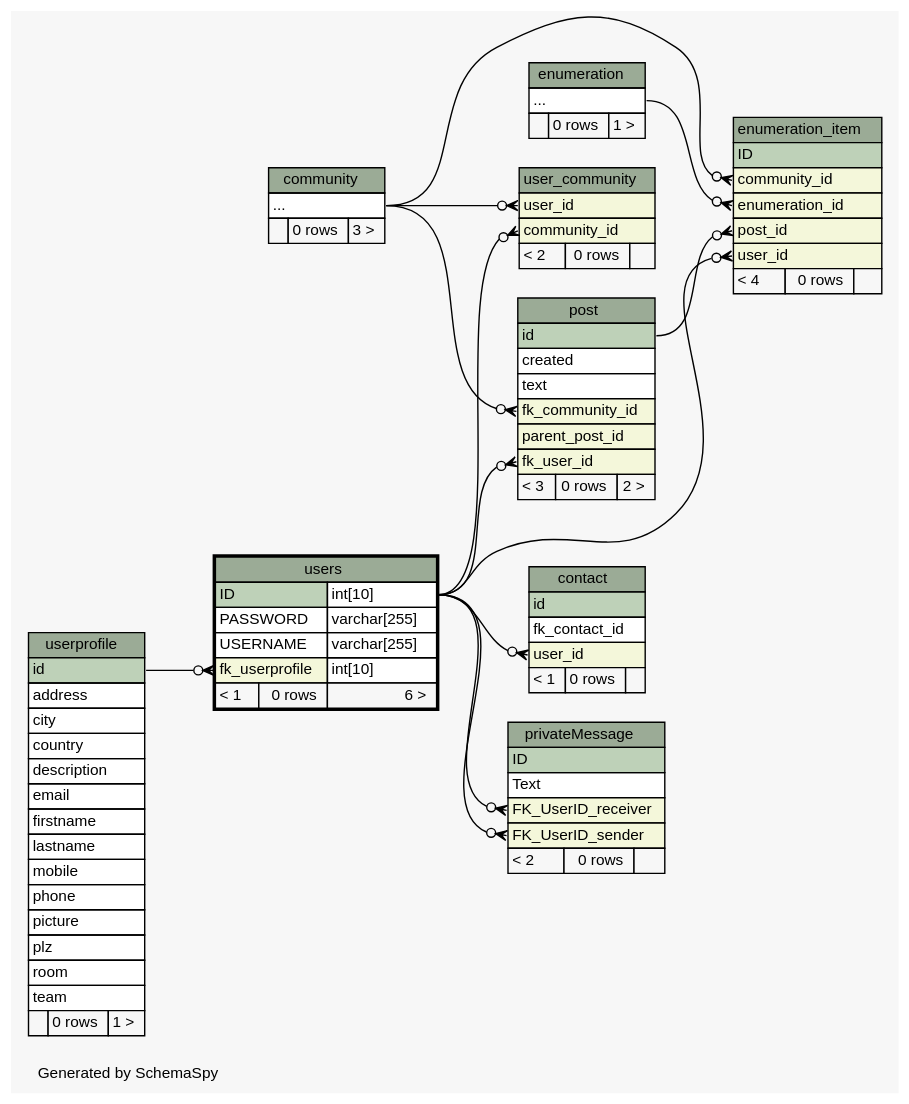
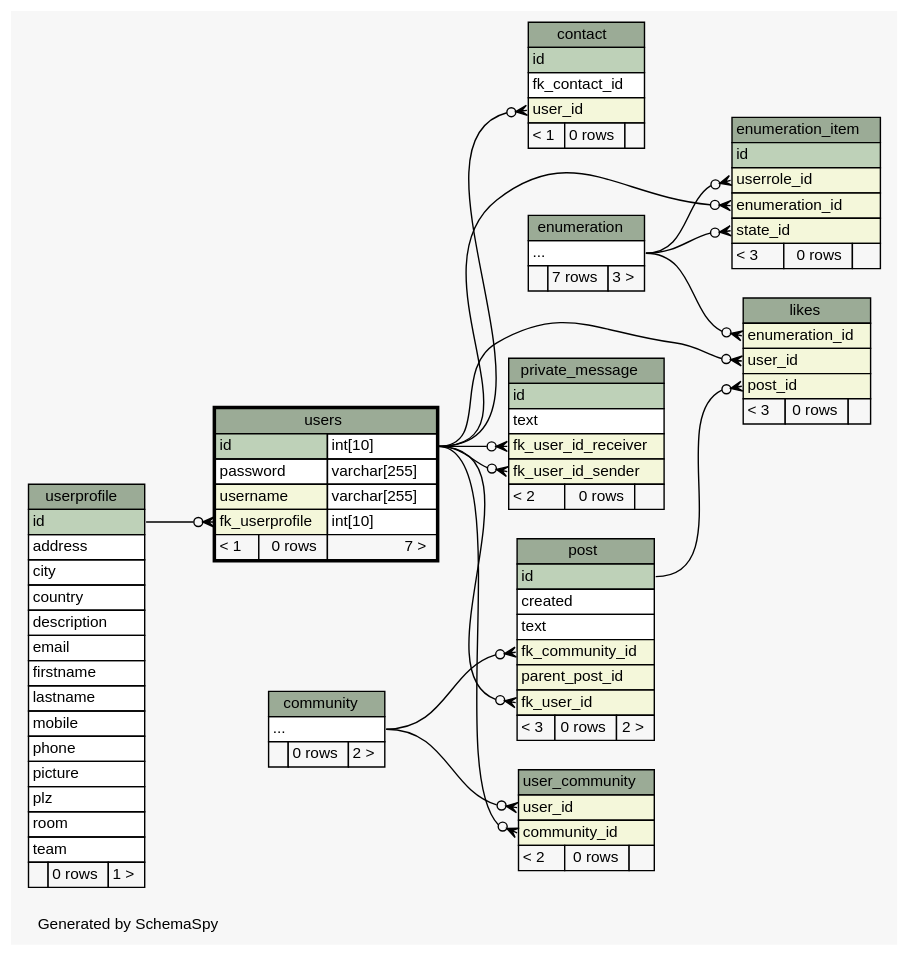
The diagram in doc/db_schema/diagrams/users.2degrees.dot (chr-krenn/chr-krenn-fhj-ws2017-sd17-pse), drawn with Graphviz before and after one commit. The commit also changed 65 other files, not shown here.

```diff
--- a/doc/db_schema/diagrams/users.2degrees.dot
+++ b/doc/db_schema/diagrams/users.2degrees.dot
@@ -1,155 +1,168 @@
 // dot 2.40.1 on Linux 4.12.5-300.fc26.x86_64
 // SchemaSpy rev 590
 digraph "twoDegreesRelationshipsDiagram" {
   graph [
     rankdir="RL"
     bgcolor="#f7f7f7"
     label="\nGenerated by SchemaSpy"
     labeljust="l"
     nodesep="0.18"
     ranksep="0.46"
     fontname="Helvetica"
     fontsize="11"
   ];
   node [
     fontname="Helvetica"
     fontsize="11"
     shape="plaintext"
   ];
   edge [
     arrowsize="0.8"
   ];
-  "contact":"user_id":w -> "users":"ID.type":e [arrowhead=none dir=back arrowtail=crowodot];
-  "enumeration_item":"community_id":w -> "community":"elipses":e [arrowhead=none dir=back arrowtail=crowodot];
-  "enumeration_item":"enumeration_id":w -> "enumeration":"elipses":e [arrowhead=none dir=back arrowtail=crowodot];
-  "enumeration_item":"post_id":w -> "post":"id":e [arrowhead=none dir=back arrowtail=crowodot];
-  "enumeration_item":"user_id":w -> "users":"ID.type":e [arrowhead=none dir=back arrowtail=crowodot];
+  "contact":"user_id":w -> "users":"id.type":e [arrowhead=none dir=back arrowtail=crowodot];
+  "enumeration_item":"enumeration_id":w -> "users":"id.type":e [arrowhead=none dir=back arrowtail=crowodot];
+  "enumeration_item":"state_id":w -> "enumeration":"elipses":e [arrowhead=none dir=back arrowtail=crowodot];
+  "enumeration_item":"userrole_id":w -> "enumeration":"elipses":e [arrowhead=none dir=back arrowtail=crowodot];
+  "likes":"enumeration_id":w -> "enumeration":"elipses":e [arrowhead=none dir=back arrowtail=crowodot];
+  "likes":"post_id":w -> "post":"id":e [arrowhead=none dir=back arrowtail=crowodot];
+  "likes":"user_id":w -> "users":"id.type":e [arrowhead=none dir=back arrowtail=crowodot];
   "post":"fk_community_id":w -> "community":"elipses":e [arrowhead=none dir=back arrowtail=crowodot];
-  "post":"fk_user_id":w -> "users":"ID.type":e [arrowhead=none dir=back arrowtail=crowodot];
-  "privateMessage":"FK_UserID_receiver":w -> "users":"ID.type":e [arrowhead=none dir=back arrowtail=crowodot];
-  "privateMessage":"FK_UserID_sender":w -> "users":"ID.type":e [arrowhead=none dir=back arrowtail=crowodot];
-  "user_community":"community_id":w -> "users":"ID.type":e [arrowhead=none dir=back arrowtail=crowodot];
+  "post":"fk_user_id":w -> "users":"id.type":e [arrowhead=none dir=back arrowtail=crowodot];
+  "private_message":"fk_user_id_receiver":w -> "users":"id.type":e [arrowhead=none dir=back arrowtail=crowodot];
+  "private_message":"fk_user_id_sender":w -> "users":"id.type":e [arrowhead=none dir=back arrowtail=crowodot];
+  "user_community":"community_id":w -> "users":"id.type":e [arrowhead=none dir=back arrowtail=crowodot];
   "user_community":"user_id":w -> "community":"elipses":e [arrowhead=none dir=back arrowtail=crowodot];
   "users":"fk_userprofile":w -> "userprofile":"id":e [arrowhead=none dir=back arrowtail=crowodot];
   "community" [
     label=<
     <TABLE BORDER="0" CELLBORDER="1" CELLSPACING="0" BGCOLOR="#ffffff">
       <TR><TD COLSPAN="3" BGCOLOR="#9bab96" ALIGN="CENTER">community</TD></TR>
       <TR><TD PORT="elipses" COLSPAN="3" ALIGN="LEFT">...</TD></TR>
-      <TR><TD ALIGN="LEFT" BGCOLOR="#f7f7f7">  </TD><TD ALIGN="RIGHT" BGCOLOR="#f7f7f7">0 rows</TD><TD ALIGN="RIGHT" BGCOLOR="#f7f7f7">3 &gt;</TD></TR>
+      <TR><TD ALIGN="LEFT" BGCOLOR="#f7f7f7">  </TD><TD ALIGN="RIGHT" BGCOLOR="#f7f7f7">0 rows</TD><TD ALIGN="RIGHT" BGCOLOR="#f7f7f7">2 &gt;</TD></TR>
     </TABLE>>
     URL="community.html"
     tooltip="community"
   ];
   "contact" [
     label=<
     <TABLE BORDER="0" CELLBORDER="1" CELLSPACING="0" BGCOLOR="#ffffff">
       <TR><TD COLSPAN="3" BGCOLOR="#9bab96" ALIGN="CENTER">contact</TD></TR>
       <TR><TD PORT="id" COLSPAN="3" BGCOLOR="#bed1b8" ALIGN="LEFT">id</TD></TR>
       <TR><TD PORT="fk_contact_id" COLSPAN="3" ALIGN="LEFT">fk_contact_id</TD></TR>
       <TR><TD PORT="user_id" COLSPAN="3" BGCOLOR="#f4f7da" ALIGN="LEFT">user_id</TD></TR>
       <TR><TD ALIGN="LEFT" BGCOLOR="#f7f7f7">&lt; 1</TD><TD ALIGN="RIGHT" BGCOLOR="#f7f7f7">0 rows</TD><TD ALIGN="RIGHT" BGCOLOR="#f7f7f7">  </TD></TR>
     </TABLE>>
     URL="contact.html"
     tooltip="contact"
   ];
   "enumeration" [
     label=<
     <TABLE BORDER="0" CELLBORDER="1" CELLSPACING="0" BGCOLOR="#ffffff">
       <TR><TD COLSPAN="3" BGCOLOR="#9bab96" ALIGN="CENTER">enumeration</TD></TR>
       <TR><TD PORT="elipses" COLSPAN="3" ALIGN="LEFT">...</TD></TR>
-      <TR><TD ALIGN="LEFT" BGCOLOR="#f7f7f7">  </TD><TD ALIGN="RIGHT" BGCOLOR="#f7f7f7">0 rows</TD><TD ALIGN="RIGHT" BGCOLOR="#f7f7f7">1 &gt;</TD></TR>
+      <TR><TD ALIGN="LEFT" BGCOLOR="#f7f7f7">  </TD><TD ALIGN="RIGHT" BGCOLOR="#f7f7f7">7 rows</TD><TD ALIGN="RIGHT" BGCOLOR="#f7f7f7">3 &gt;</TD></TR>
     </TABLE>>
     URL="enumeration.html"
     tooltip="enumeration"
   ];
   "enumeration_item" [
     label=<
     <TABLE BORDER="0" CELLBORDER="1" CELLSPACING="0" BGCOLOR="#ffffff">
       <TR><TD COLSPAN="3" BGCOLOR="#9bab96" ALIGN="CENTER">enumeration_item</TD></TR>
-      <TR><TD PORT="ID" COLSPAN="3" BGCOLOR="#bed1b8" ALIGN="LEFT">ID</TD></TR>
-      <TR><TD PORT="community_id" COLSPAN="3" BGCOLOR="#f4f7da" ALIGN="LEFT">community_id</TD></TR>
+      <TR><TD PORT="id" COLSPAN="3" BGCOLOR="#bed1b8" ALIGN="LEFT">id</TD></TR>
+      <TR><TD PORT="userrole_id" COLSPAN="3" BGCOLOR="#f4f7da" ALIGN="LEFT">userrole_id</TD></TR>
       <TR><TD PORT="enumeration_id" COLSPAN="3" BGCOLOR="#f4f7da" ALIGN="LEFT">enumeration_id</TD></TR>
-      <TR><TD PORT="post_id" COLSPAN="3" BGCOLOR="#f4f7da" ALIGN="LEFT">post_id</TD></TR>
-      <TR><TD PORT="user_id" COLSPAN="3" BGCOLOR="#f4f7da" ALIGN="LEFT">user_id</TD></TR>
-      <TR><TD ALIGN="LEFT" BGCOLOR="#f7f7f7">&lt; 4</TD><TD ALIGN="RIGHT" BGCOLOR="#f7f7f7">0 rows</TD><TD ALIGN="RIGHT" BGCOLOR="#f7f7f7">  </TD></TR>
+      <TR><TD PORT="state_id" COLSPAN="3" BGCOLOR="#f4f7da" ALIGN="LEFT">state_id</TD></TR>
+      <TR><TD ALIGN="LEFT" BGCOLOR="#f7f7f7">&lt; 3</TD><TD ALIGN="RIGHT" BGCOLOR="#f7f7f7">0 rows</TD><TD ALIGN="RIGHT" BGCOLOR="#f7f7f7">  </TD></TR>
     </TABLE>>
     URL="enumeration_item.html"
     tooltip="enumeration_item"
+  ];
+  "likes" [
+    label=<
+    <TABLE BORDER="0" CELLBORDER="1" CELLSPACING="0" BGCOLOR="#ffffff">
+      <TR><TD COLSPAN="3" BGCOLOR="#9bab96" ALIGN="CENTER">likes</TD></TR>
+      <TR><TD PORT="enumeration_id" COLSPAN="3" BGCOLOR="#f4f7da" ALIGN="LEFT">enumeration_id</TD></TR>
+      <TR><TD PORT="user_id" COLSPAN="3" BGCOLOR="#f4f7da" ALIGN="LEFT">user_id</TD></TR>
+      <TR><TD PORT="post_id" COLSPAN="3" BGCOLOR="#f4f7da" ALIGN="LEFT">post_id</TD></TR>
+      <TR><TD ALIGN="LEFT" BGCOLOR="#f7f7f7">&lt; 3</TD><TD ALIGN="RIGHT" BGCOLOR="#f7f7f7">0 rows</TD><TD ALIGN="RIGHT" BGCOLOR="#f7f7f7">  </TD></TR>
+    </TABLE>>
+    URL="likes.html"
+    tooltip="likes"
   ];
   "post" [
     label=<
     <TABLE BORDER="0" CELLBORDER="1" CELLSPACING="0" BGCOLOR="#ffffff">
       <TR><TD COLSPAN="3" BGCOLOR="#9bab96" ALIGN="CENTER">post</TD></TR>
       <TR><TD PORT="id" COLSPAN="3" BGCOLOR="#bed1b8" ALIGN="LEFT">id</TD></TR>
       <TR><TD PORT="created" COLSPAN="3" ALIGN="LEFT">created</TD></TR>
       <TR><TD PORT="text" COLSPAN="3" ALIGN="LEFT">text</TD></TR>
       <TR><TD PORT="fk_community_id" COLSPAN="3" BGCOLOR="#f4f7da" ALIGN="LEFT">fk_community_id</TD></TR>
       <TR><TD PORT="parent_post_id" COLSPAN="3" BGCOLOR="#f4f7da" ALIGN="LEFT">parent_post_id</TD></TR>
       <TR><TD PORT="fk_user_id" COLSPAN="3" BGCOLOR="#f4f7da" ALIGN="LEFT">fk_user_id</TD></TR>
       <TR><TD ALIGN="LEFT" BGCOLOR="#f7f7f7">&lt; 3</TD><TD ALIGN="RIGHT" BGCOLOR="#f7f7f7">0 rows</TD><TD ALIGN="RIGHT" BGCOLOR="#f7f7f7">2 &gt;</TD></TR>
     </TABLE>>
     URL="post.html"
     tooltip="post"
   ];
-  "privateMessage" [
+  "private_message" [
     label=<
     <TABLE BORDER="0" CELLBORDER="1" CELLSPACING="0" BGCOLOR="#ffffff">
-      <TR><TD COLSPAN="3" BGCOLOR="#9bab96" ALIGN="CENTER">privateMessage</TD></TR>
-      <TR><TD PORT="ID" COLSPAN="3" BGCOLOR="#bed1b8" ALIGN="LEFT">ID</TD></TR>
-      <TR><TD PORT="Text" COLSPAN="3" ALIGN="LEFT">Text</TD></TR>
-      <TR><TD PORT="FK_UserID_receiver" COLSPAN="3" BGCOLOR="#f4f7da" ALIGN="LEFT">FK_UserID_receiver</TD></TR>
-      <TR><TD PORT="FK_UserID_sender" COLSPAN="3" BGCOLOR="#f4f7da" ALIGN="LEFT">FK_UserID_sender</TD></TR>
+      <TR><TD COLSPAN="3" BGCOLOR="#9bab96" ALIGN="CENTER">private_message</TD></TR>
+      <TR><TD PORT="id" COLSPAN="3" BGCOLOR="#bed1b8" ALIGN="LEFT">id</TD></TR>
+      <TR><TD PORT="text" COLSPAN="3" ALIGN="LEFT">text</TD></TR>
+      <TR><TD PORT="fk_user_id_receiver" COLSPAN="3" BGCOLOR="#f4f7da" ALIGN="LEFT">fk_user_id_receiver</TD></TR>
+      <TR><TD PORT="fk_user_id_sender" COLSPAN="3" BGCOLOR="#f4f7da" ALIGN="LEFT">fk_user_id_sender</TD></TR>
       <TR><TD ALIGN="LEFT" BGCOLOR="#f7f7f7">&lt; 2</TD><TD ALIGN="RIGHT" BGCOLOR="#f7f7f7">0 rows</TD><TD ALIGN="RIGHT" BGCOLOR="#f7f7f7">  </TD></TR>
     </TABLE>>
-    URL="privateMessage.html"
-    tooltip="privateMessage"
+    URL="private_message.html"
+    tooltip="private_message"
   ];
   "user_community" [
     label=<
     <TABLE BORDER="0" CELLBORDER="1" CELLSPACING="0" BGCOLOR="#ffffff">
       <TR><TD COLSPAN="3" BGCOLOR="#9bab96" ALIGN="CENTER">user_community</TD></TR>
       <TR><TD PORT="user_id" COLSPAN="3" BGCOLOR="#f4f7da" ALIGN="LEFT">user_id</TD></TR>
       <TR><TD PORT="community_id" COLSPAN="3" BGCOLOR="#f4f7da" ALIGN="LEFT">community_id</TD></TR>
       <TR><TD ALIGN="LEFT" BGCOLOR="#f7f7f7">&lt; 2</TD><TD ALIGN="RIGHT" BGCOLOR="#f7f7f7">0 rows</TD><TD ALIGN="RIGHT" BGCOLOR="#f7f7f7">  </TD></TR>
     </TABLE>>
     URL="user_community.html"
     tooltip="user_community"
   ];
   "userprofile" [
     label=<
     <TABLE BORDER="0" CELLBORDER="1" CELLSPACING="0" BGCOLOR="#ffffff">
       <TR><TD COLSPAN="3" BGCOLOR="#9bab96" ALIGN="CENTER">userprofile</TD></TR>
       <TR><TD PORT="id" COLSPAN="3" BGCOLOR="#bed1b8" ALIGN="LEFT">id</TD></TR>
       <TR><TD PORT="address" COLSPAN="3" ALIGN="LEFT">address</TD></TR>
       <TR><TD PORT="city" COLSPAN="3" ALIGN="LEFT">city</TD></TR>
       <TR><TD PORT="country" COLSPAN="3" ALIGN="LEFT">country</TD></TR>
       <TR><TD PORT="description" COLSPAN="3" ALIGN="LEFT">description</TD></TR>
       <TR><TD PORT="email" COLSPAN="3" ALIGN="LEFT">email</TD></TR>
       <TR><TD PORT="firstname" COLSPAN="3" ALIGN="LEFT">firstname</TD></TR>
       <TR><TD PORT="lastname" COLSPAN="3" ALIGN="LEFT">lastname</TD></TR>
       <TR><TD PORT="mobile" COLSPAN="3" ALIGN="LEFT">mobile</TD></TR>
       <TR><TD PORT="phone" COLSPAN="3" ALIGN="LEFT">phone</TD></TR>
       <TR><TD PORT="picture" COLSPAN="3" ALIGN="LEFT">picture</TD></TR>
       <TR><TD PORT="plz" COLSPAN="3" ALIGN="LEFT">plz</TD></TR>
       <TR><TD PORT="room" COLSPAN="3" ALIGN="LEFT">room</TD></TR>
       <TR><TD PORT="team" COLSPAN="3" ALIGN="LEFT">team</TD></TR>
       <TR><TD ALIGN="LEFT" BGCOLOR="#f7f7f7">  </TD><TD ALIGN="RIGHT" BGCOLOR="#f7f7f7">0 rows</TD><TD ALIGN="RIGHT" BGCOLOR="#f7f7f7">1 &gt;</TD></TR>
     </TABLE>>
     URL="userprofile.html"
     tooltip="userprofile"
   ];
   "users" [
     label=<
     <TABLE BORDER="2" CELLBORDER="1" CELLSPACING="0" BGCOLOR="#ffffff">
       <TR><TD COLSPAN="3" BGCOLOR="#9bab96" ALIGN="CENTER">users</TD></TR>
-      <TR><TD PORT="ID" COLSPAN="2" BGCOLOR="#bed1b8" ALIGN="LEFT">ID</TD><TD PORT="ID.type" ALIGN="LEFT">int[10]</TD></TR>
-      <TR><TD PORT="PASSWORD" COLSPAN="2" ALIGN="LEFT">PASSWORD</TD><TD PORT="PASSWORD.type" ALIGN="LEFT">varchar[255]</TD></TR>
-      <TR><TD PORT="USERNAME" COLSPAN="2" ALIGN="LEFT">USERNAME</TD><TD PORT="USERNAME.type" ALIGN="LEFT">varchar[255]</TD></TR>
+      <TR><TD PORT="id" COLSPAN="2" BGCOLOR="#bed1b8" ALIGN="LEFT">id</TD><TD PORT="id.type" ALIGN="LEFT">int[10]</TD></TR>
+      <TR><TD PORT="password" COLSPAN="2" ALIGN="LEFT">password</TD><TD PORT="password.type" ALIGN="LEFT">varchar[255]</TD></TR>
+      <TR><TD PORT="username" COLSPAN="2" BGCOLOR="#f4f7da" ALIGN="LEFT">username</TD><TD PORT="username.type" ALIGN="LEFT">varchar[255]</TD></TR>
       <TR><TD PORT="fk_userprofile" COLSPAN="2" BGCOLOR="#f4f7da" ALIGN="LEFT">fk_userprofile</TD><TD PORT="fk_userprofile.type" ALIGN="LEFT">int[10]</TD></TR>
-      <TR><TD ALIGN="LEFT" BGCOLOR="#f7f7f7">&lt; 1</TD><TD ALIGN="RIGHT" BGCOLOR="#f7f7f7">0 rows</TD><TD ALIGN="RIGHT" BGCOLOR="#f7f7f7">6 &gt;</TD></TR>
+      <TR><TD ALIGN="LEFT" BGCOLOR="#f7f7f7">&lt; 1</TD><TD ALIGN="RIGHT" BGCOLOR="#f7f7f7">0 rows</TD><TD ALIGN="RIGHT" BGCOLOR="#f7f7f7">7 &gt;</TD></TR>
     </TABLE>>
     URL="users.html"
     tooltip="users"
   ];
 }
```
